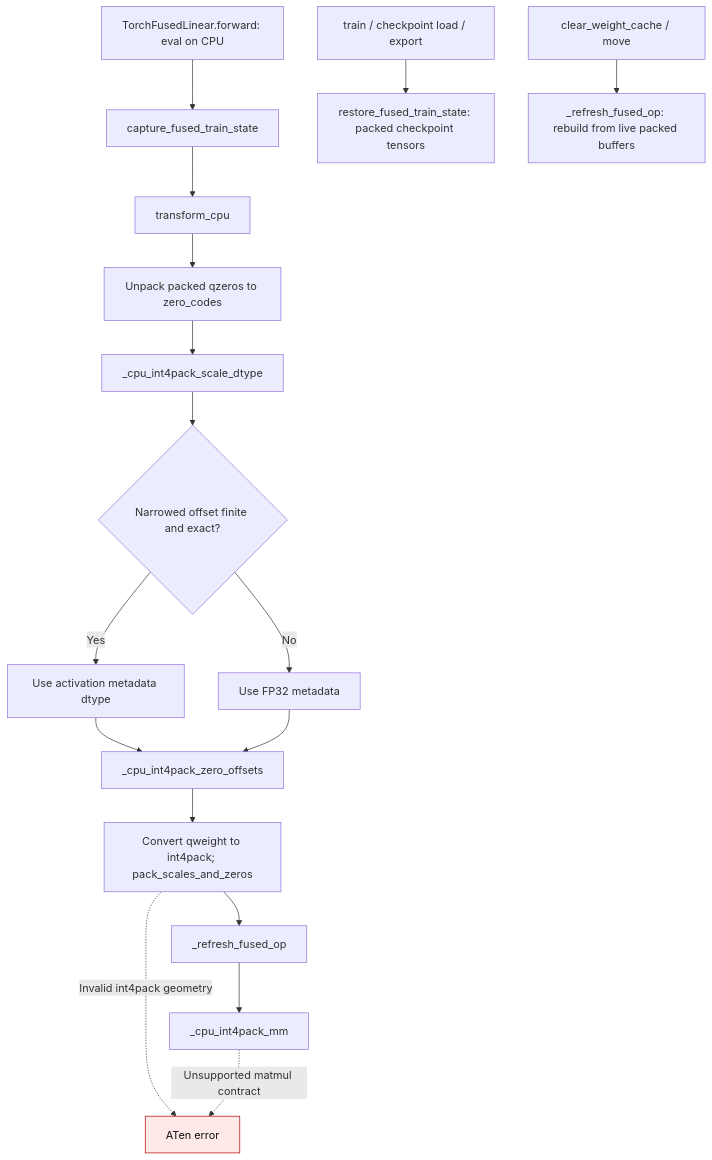
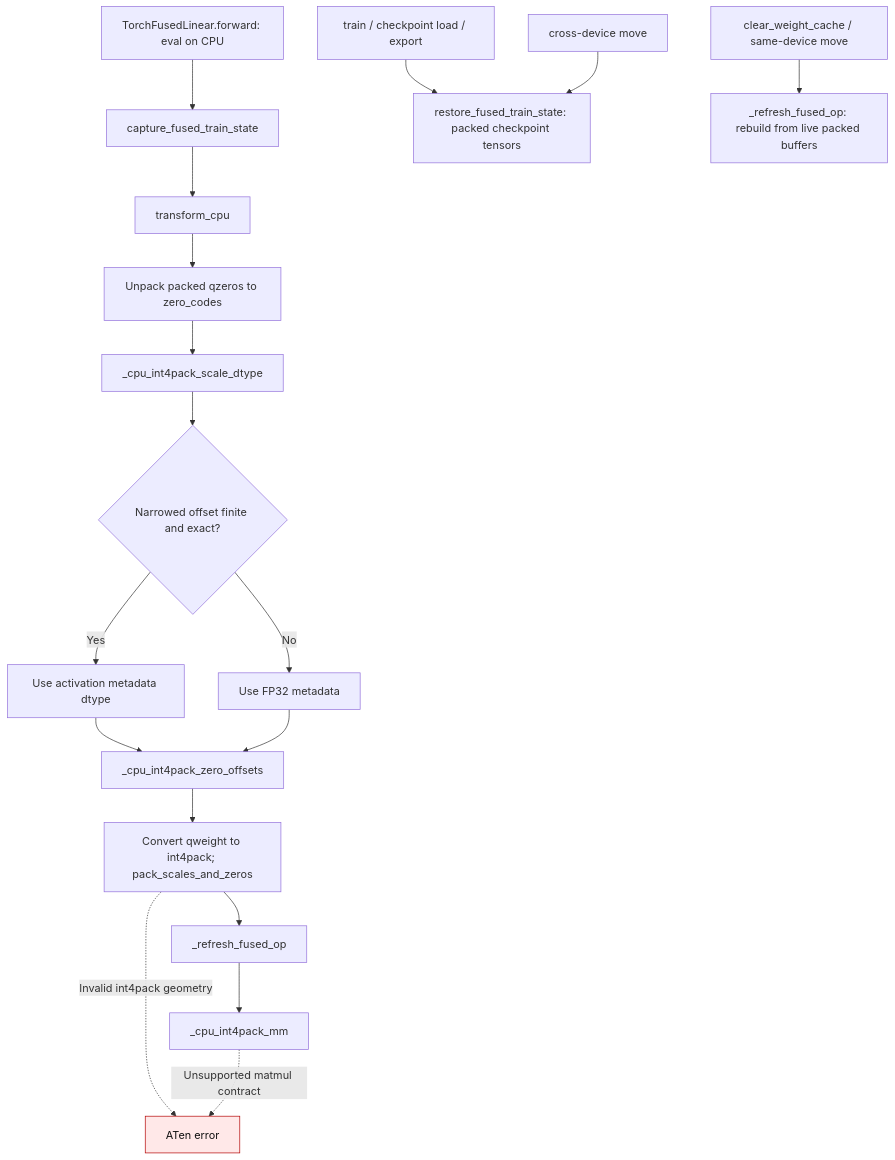
Before and after one commit to ModelCloud/GPTQModel: the first of 5 diagrams in docs/torch_fused_int4_transformations.md, drawn with Mermaid. The commit also changed other lines of this file and 6 other files, not shown here.

First line of the commit message:
fix(cpu): re-finalize the checkpoint layout on cross-device moves

````diff
--- a/docs/torch_fused_int4_transformations.md
+++ b/docs/torch_fused_int4_transformations.md
@@ -192,21 +192,22 @@
 ```mermaid
 flowchart TD
     A["TorchFusedLinear.forward: eval on CPU"] --> B["capture_fused_train_state"]
     B --> C["transform_cpu"]
     C --> D["Unpack packed qzeros to zero_codes"]
     D --> E["_cpu_int4pack_scale_dtype"]
     E --> F{"Narrowed offset finite and exact?"}
     F -- Yes --> G["Use activation metadata dtype"]
     F -- No --> H["Use FP32 metadata"]
     G --> I["_cpu_int4pack_zero_offsets"]
     H --> I
     I --> J["Convert qweight to int4pack; pack_scales_and_zeros"]
     J --> K["_refresh_fused_op"]
     K --> L["_cpu_int4pack_mm"]
     J -. Invalid int4pack geometry .-> X["ATen error"]
     L -. Unsupported matmul contract .-> X
     M["train / checkpoint load / export"] --> N["restore_fused_train_state: packed checkpoint tensors"]
-    O["clear_weight_cache / move"] --> P["_refresh_fused_op: rebuild from live packed buffers"]
+    O["clear_weight_cache / same-device move"] --> P["_refresh_fused_op: rebuild from live packed buffers"]
+    Q["cross-device move"] --> N
     classDef failure fill:#ffe8e8,stroke:#b30000,color:#111;
     class X failure;
 ```
````
